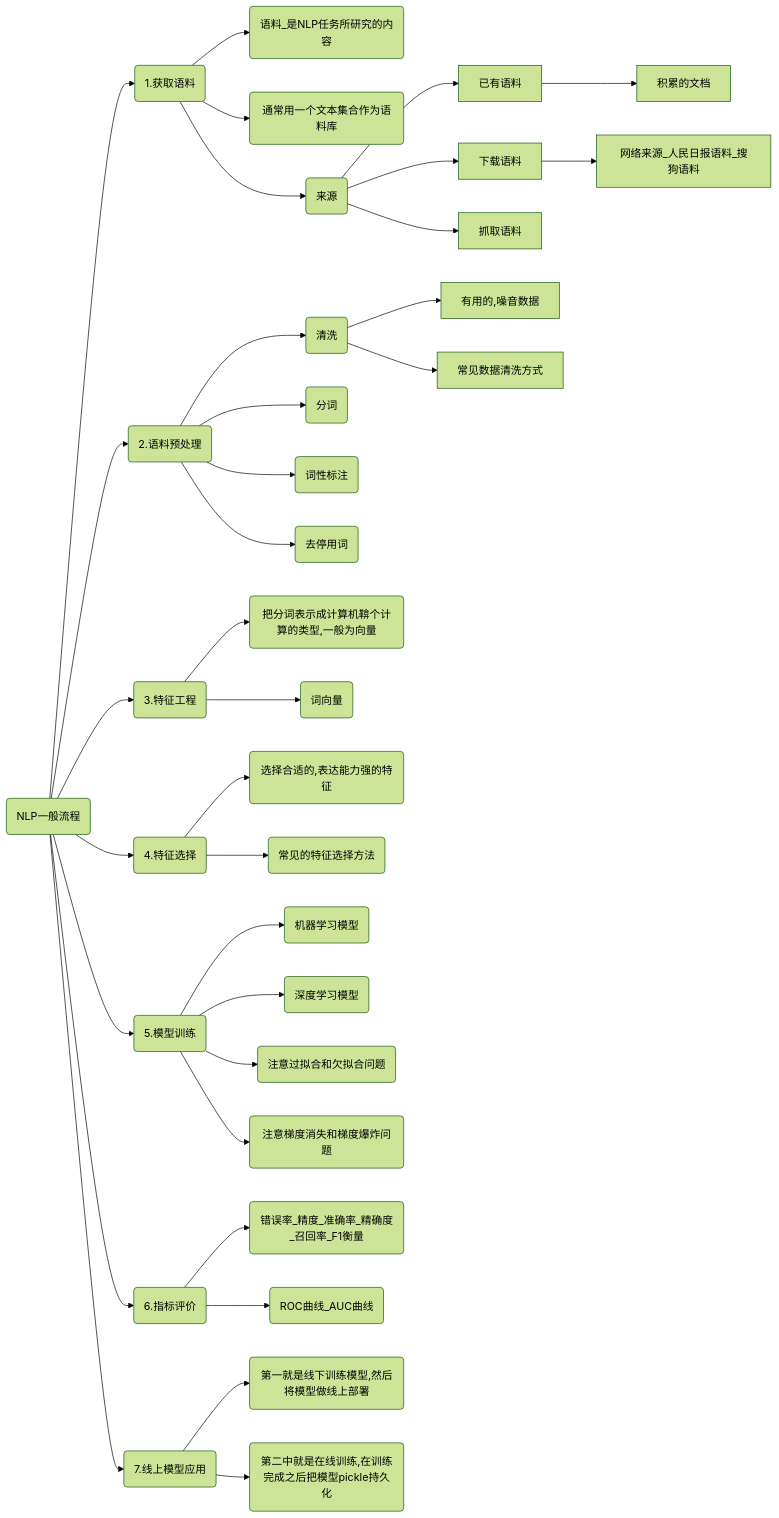
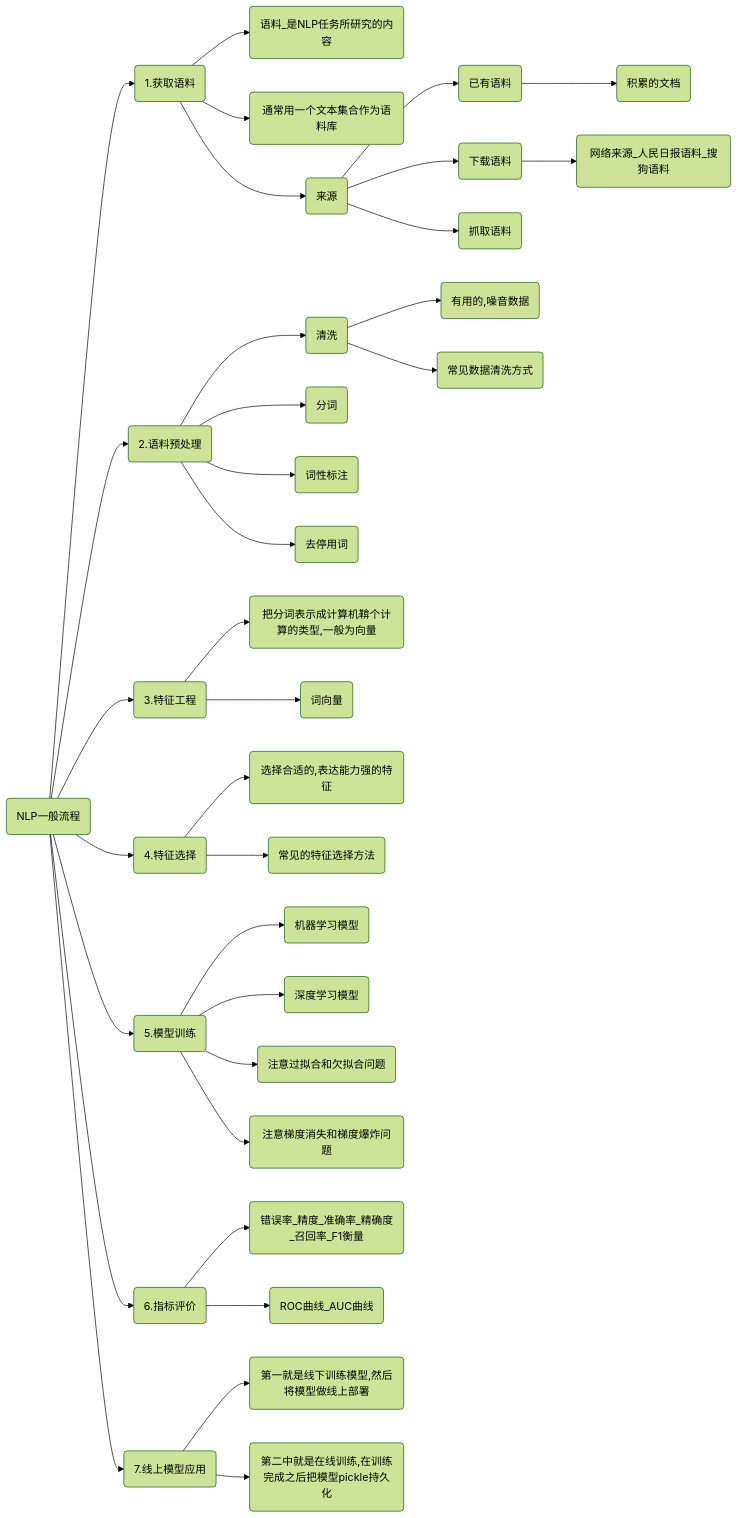
One commit to clouwer/myNLPnotebook changed the diagram in README.md. Above: the diagram before and after it, drawn with Mermaid (forest theme).

````diff
--- a/README.md
+++ b/README.md
@@ -29,35 +29,37 @@
 ```mermaid
 graph LR
 A(NLP一般流程)
 A-->B(1.获取语料)
 	B-->1(语料_是NLP任务所研究的内容)
 	B-->2(通常用一个文本集合作为语料库)
 	B-->3(来源)
-		3-->已有语料-->积累的文档
-		3-->下载语料-->网络来源_人民日报语料_搜狗语料
-		3-->抓取语料
+		3-->20(已有语料)
+			20-->21(积累的文档)
+		3-->22(下载语料)
+			22-->23(网络来源_人民日报语料_搜狗语料)
+		3-->24(抓取语料)
 A-->C(2.语料预处理)	
 	C-->4(清洗)
-		4-->有用的,噪音数据
-		4-->常见数据清洗方式
+		4-->25(有用的,噪音数据)
+		4-->26(常见数据清洗方式)
 	C-->5(分词)
 	C-->6(词性标注)
 	C-->7(去停用词)
 A-->D(3.特征工程)
 	D-->8(把分词表示成计算机鞥个计算的类型,一般为向量)
 	D-->9(词向量)
 A-->E(4.特征选择)
 	E-->10(选择合适的,表达能力强的特征)
 	E-->11(常见的特征选择方法)
 A-->F(5.模型训练)
 	F-->12(机器学习模型)
 	F-->13(深度学习模型)
 	F-->14(注意过拟合和欠拟合问题)
 	F-->15(注意梯度消失和梯度爆炸问题)
 A-->G(6.指标评价)
 	G-->16(错误率_精度_准确率_精确度_召回率_F1衡量)
 	G-->17(ROC曲线_AUC曲线)
 A-->H(7.线上模型应用)
 	H-->18(第一就是线下训练模型,然后将模型做线上部署)
 	H-->19(第二中就是在线训练,在训练完成之后把模型pickle持久化)
 ```
````
